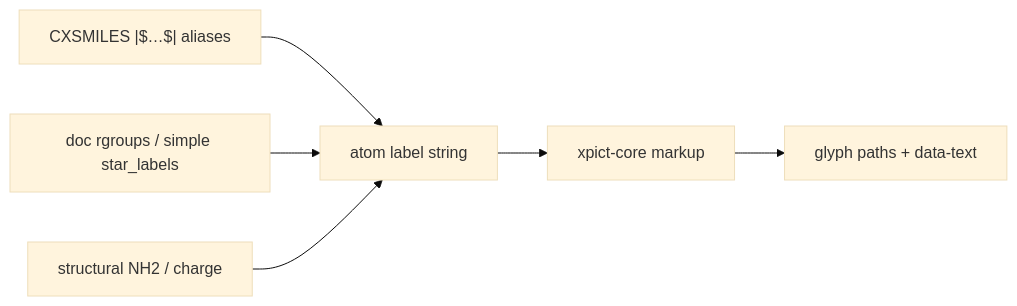
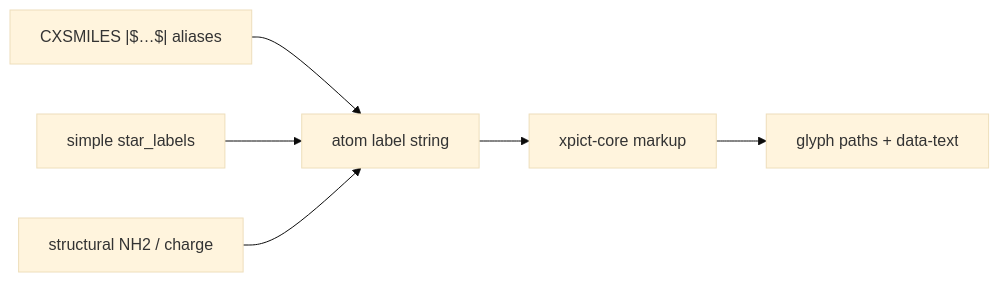
One commit to swamidasslab/xenosite-pict changed the diagram in docs/label-markup.md. Above: the diagram before and after it, drawn with Mermaid (base theme). The commit also changed other lines of this file and 20 other files, not shown here.

````diff
--- a/docs/label-markup.md
+++ b/docs/label-markup.md
@@ -42,8 +42,8 @@
 ```mermaid
 flowchart LR
   CX["CXSMILES |$…$| aliases"] --> L[atom label string]
-  RG["doc rgroups / simple star_labels"] --> L
+  SL["simple star_labels"] --> L
   STRUCT["structural NH2 / charge"] --> L
   L --> M["xpict-core markup"]
   M --> G[glyph paths + data-text]
 ```
````
